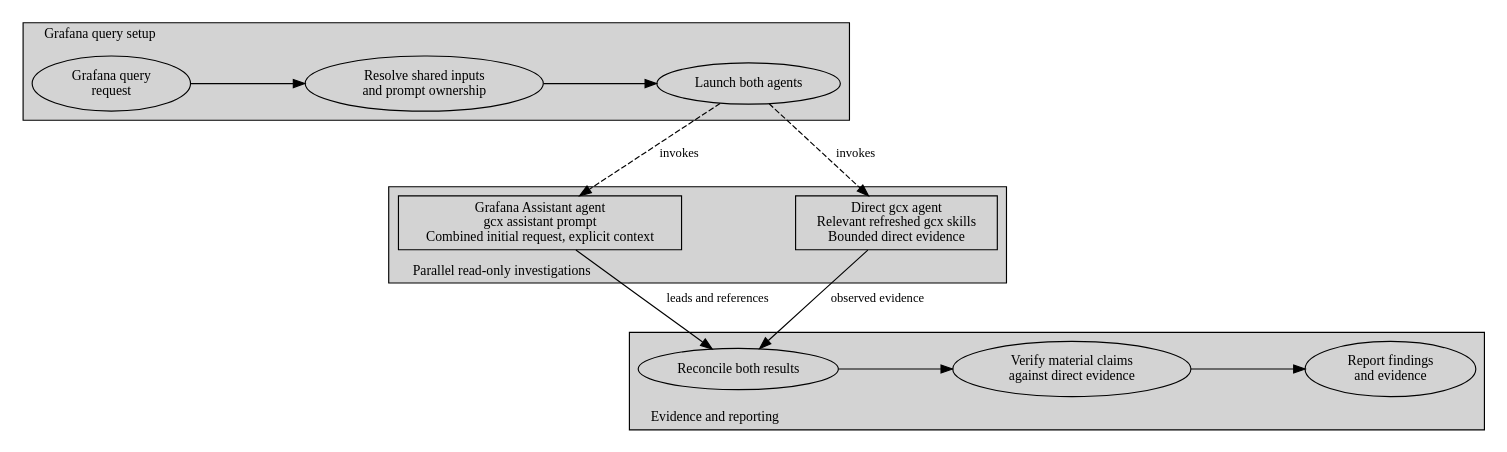
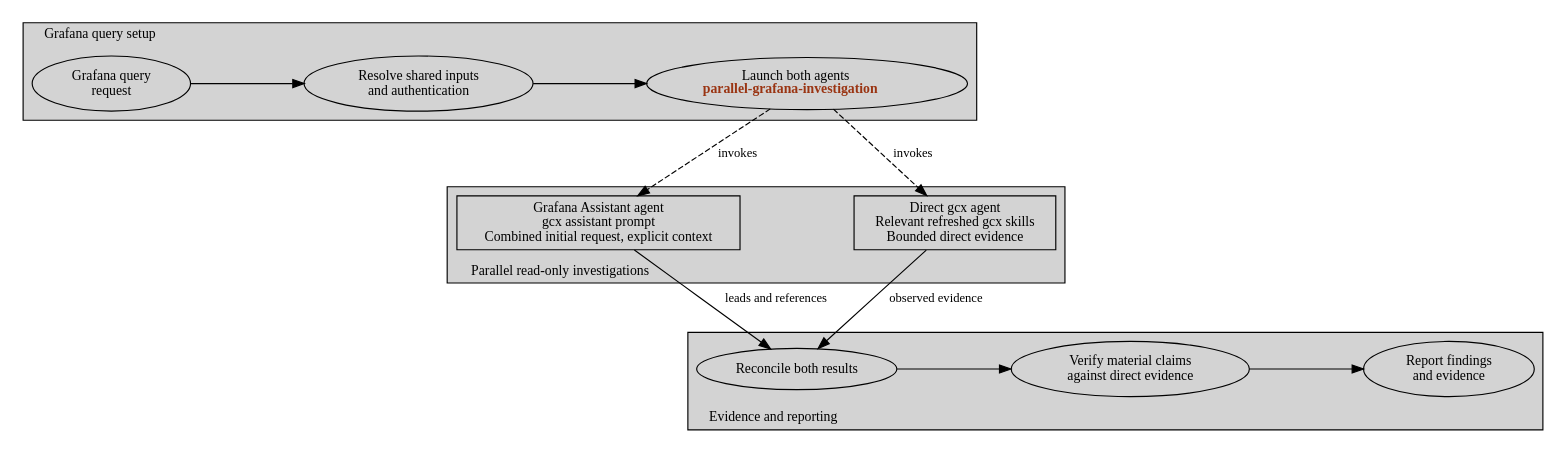
Before and after one commit to orenlion1/investigation-skills: the diagram in diagrams/DIAGRAM-parallel-alert-investigation.dot, drawn with Graphviz. The commit also changed 10 other files, not shown here.

Commit message:
docs: match parallel Grafana diagram to supplied visual pattern (#68)

```diff
--- a/diagrams/DIAGRAM-parallel-alert-investigation.dot
+++ b/diagrams/DIAGRAM-parallel-alert-investigation.dot
@@ -1,40 +1,40 @@
 // Style reference: DIAGRAM-investigation-workflow.dot.
 // One canonical layout; render-workflow-diagram.sh supplies both palettes.
 digraph ParallelGrafanaInvestigation {
   rankdir=TB; newrank=true; compound=true;
   graph [fontname="Trebuchet MS", fontsize=12, splines=true,
          nodesep=0.7, ranksep=0.85];
   node [fontname="Trebuchet MS", fontsize=12, style=filled, height=0.5];
   edge [fontname="Trebuchet MS", fontsize=11];
 
   subgraph cluster_setup {
     label="Grafana query setup"; labeljust=l; style=filled;
     request [shape=oval, label="Grafana query\nrequest"];
-    resolve [shape=oval, label="Resolve shared inputs\nand prompt ownership"];
-    launch [shape=oval, label="Launch both agents"];
+    resolve [shape=oval, label="Resolve shared inputs\nand authentication"];
+    launch [shape=oval, label=<Launch both agents<BR/><FONT COLOR="#9a3412"><B>parallel-grafana-investigation</B></FONT>>];
     { rank=same; request; resolve; launch; }
     request -> resolve -> launch [weight=100];
   }
 
   subgraph cluster_parallel {
     label="Parallel read-only investigations"; labeljust=l; labelloc=b; style=filled;
     assistant [shape=box, label="Grafana Assistant agent\ngcx assistant prompt\nCombined initial request, explicit context"];
     direct [shape=box, label="Direct gcx agent\nRelevant refreshed gcx skills\nBounded direct evidence"];
     { rank=same; assistant; direct; }
     assistant -> direct [style=invis, weight=100];
   }
 
   subgraph cluster_results {
     label="Evidence and reporting"; labeljust=l; labelloc=b; style=filled;
     reconcile [shape=oval, label="Reconcile both results"];
     verify [shape=oval, label="Verify material claims\nagainst direct evidence"];
     report [shape=oval, label="Report findings\nand evidence"];
     { rank=same; reconcile; verify; report; }
     reconcile -> verify -> report [weight=100];
   }
 
   launch -> assistant [label="  invokes", style=dashed];
   launch -> direct [label="  invokes", style=dashed];
   assistant -> reconcile [label="  leads and references"];
   direct -> reconcile [label="  observed evidence"];
 }
```
